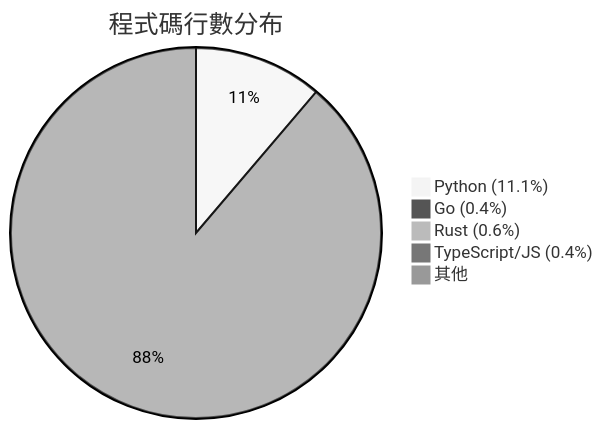
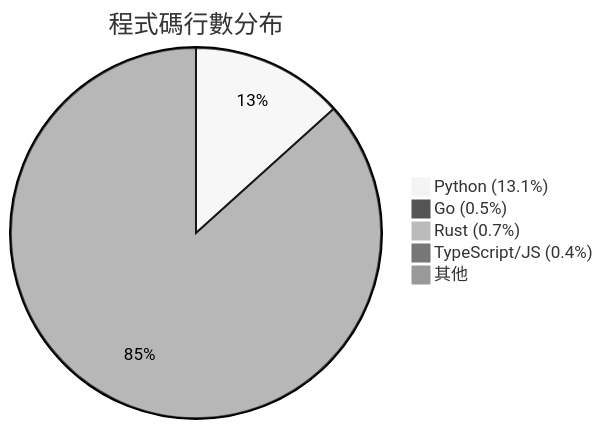
One commit to kyle0527/AIVA changed the second of 4 diagrams in _out/tree.mmd. Above: the diagram before and after it, drawn with Mermaid (neutral theme). The commit also changed other lines of this file and 300 other files, not shown here.

````diff
--- a/_out/tree.mmd
+++ b/_out/tree.mmd
@@ -66,8 +66,8 @@
 ```mermaid
 pie title 程式碼行數分布
-    "Python (11.1%)" : 178768
-    "Go (0.4%)" : 6044
-    "Rust (0.6%)" : 8874
-    "TypeScript/JS (0.4%)" : 6694
-    "其他" : 1413037
+    "Python (13.1%)" : 175953
+    "Go (0.5%)" : 6044
+    "Rust (0.7%)" : 8874
+    "TypeScript/JS (0.4%)" : 5815
+    "其他" : 1145186
 ```
````
